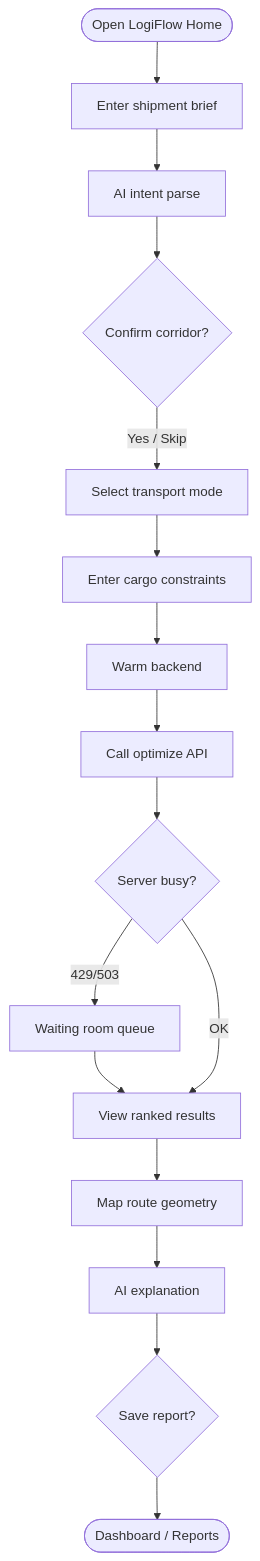
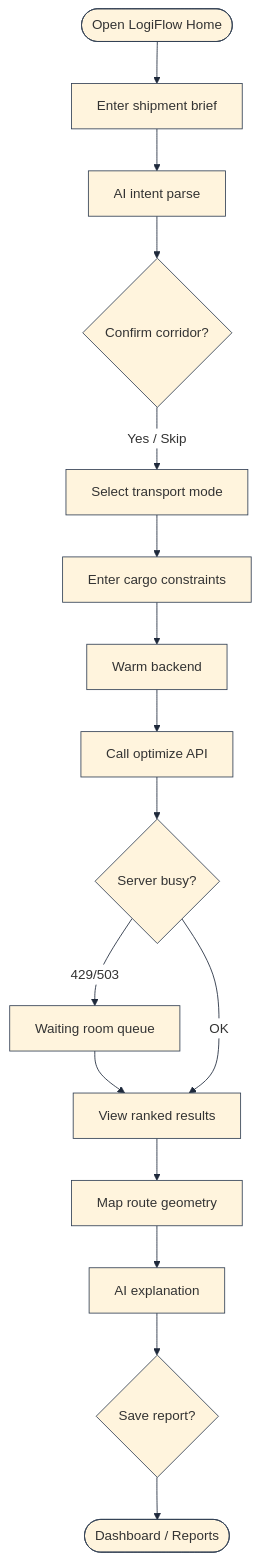
Before and after one commit to kvb1201/LogiFlow-Solution-Challenge-2026: the diagram in docs/diagrams/mermaid/02-user-journey.mmd, drawn with Mermaid. The commit also changed 8 other files, not shown here.

First line of the commit message:
docs: update README and diagram rendering for improved presentation and consistency

```diff
--- a/docs/diagrams/mermaid/02-user-journey.mmd
+++ b/docs/diagrams/mermaid/02-user-journey.mmd
@@ -1,16 +1,17 @@
+%%{init: {'theme': 'base', 'themeVariables': {'lineColor':'#1e293b','arrowheadColor':'#1e293b','primaryBorderColor':'#334155','edgeLabelBackground':'#ffffff'}}}%%
 flowchart TB
     A([Open LogiFlow Home]) --> B[Enter shipment brief]
     B --> C[AI intent parse]
     C --> D{Confirm corridor?}
     D -->|Yes / Skip| E[Select transport mode]
     E --> F[Enter cargo constraints]
     F --> G[Warm backend]
     G --> H[Call optimize API]
     H --> I{Server busy?}
     I -->|429/503| J[Waiting room queue]
     J --> K[View ranked results]
     I -->|OK| K
     K --> L[Map route geometry]
     L --> M[AI explanation]
     M --> N{Save report?}
     N --> O([Dashboard / Reports])
```
